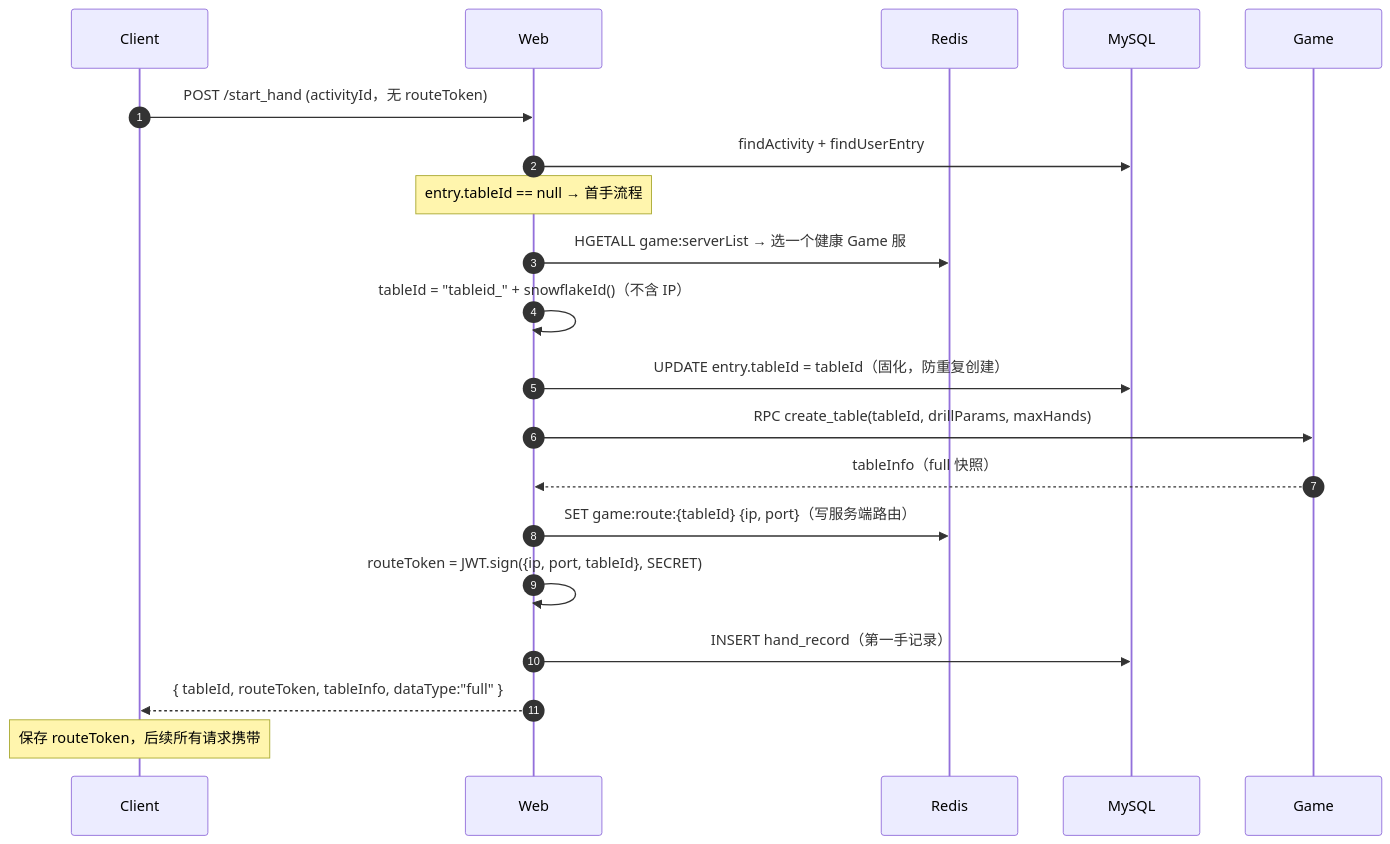
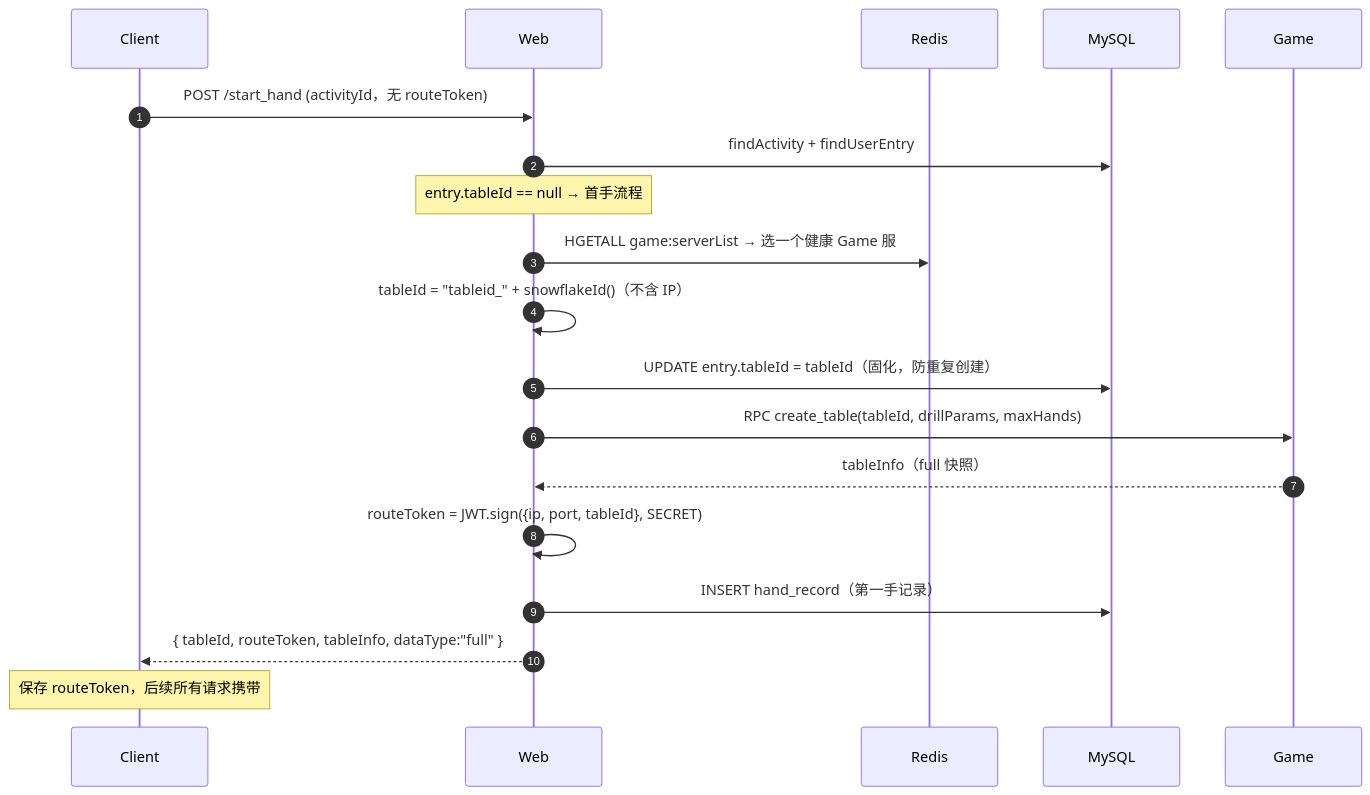
The ninth of 13 diagrams in docs/poker/10-tableId路由game调整.md (zdl20251023-pixel/agent-frame), drawn with Mermaid before and after one commit. The commit also changed other lines of this file, not shown here.

Commit message:
tableId路由调整

````diff
--- a/docs/poker/10-tableId路由game调整.md
+++ b/docs/poker/10-tableId路由game调整.md
@@ -361,25 +370,24 @@
 ```mermaid
 sequenceDiagram
     autonumber
     participant Client
     participant Web
     participant Redis
     participant MySQL
     participant Game
 
     Client->>Web: POST /start_hand (activityId，无 routeToken)
     Web->>MySQL: findActivity + findUserEntry
     Note over Web: entry.tableId == null → 首手流程
     Web->>Redis: HGETALL game:serverList → 选一个健康 Game 服
     Web->>Web: tableId = "tableid_" + snowflakeId()（不含 IP）
     Web->>MySQL: UPDATE entry.tableId = tableId（固化，防重复创建）
 
     Web->>Game: RPC create_table(tableId, drillParams, maxHands)
     Game-->>Web: tableInfo（full 快照）
 
-    Web->>Redis: SET game:route:{tableId} {ip, port}（写服务端路由）
     Web->>Web: routeToken = JWT.sign({ip, port, tableId}, SECRET)
     Web->>MySQL: INSERT hand_record（第一手记录）
     Web-->>Client: { tableId, routeToken, tableInfo, dataType:"full" }
     Note over Client: 保存 routeToken，后续所有请求携带
 ```
````
